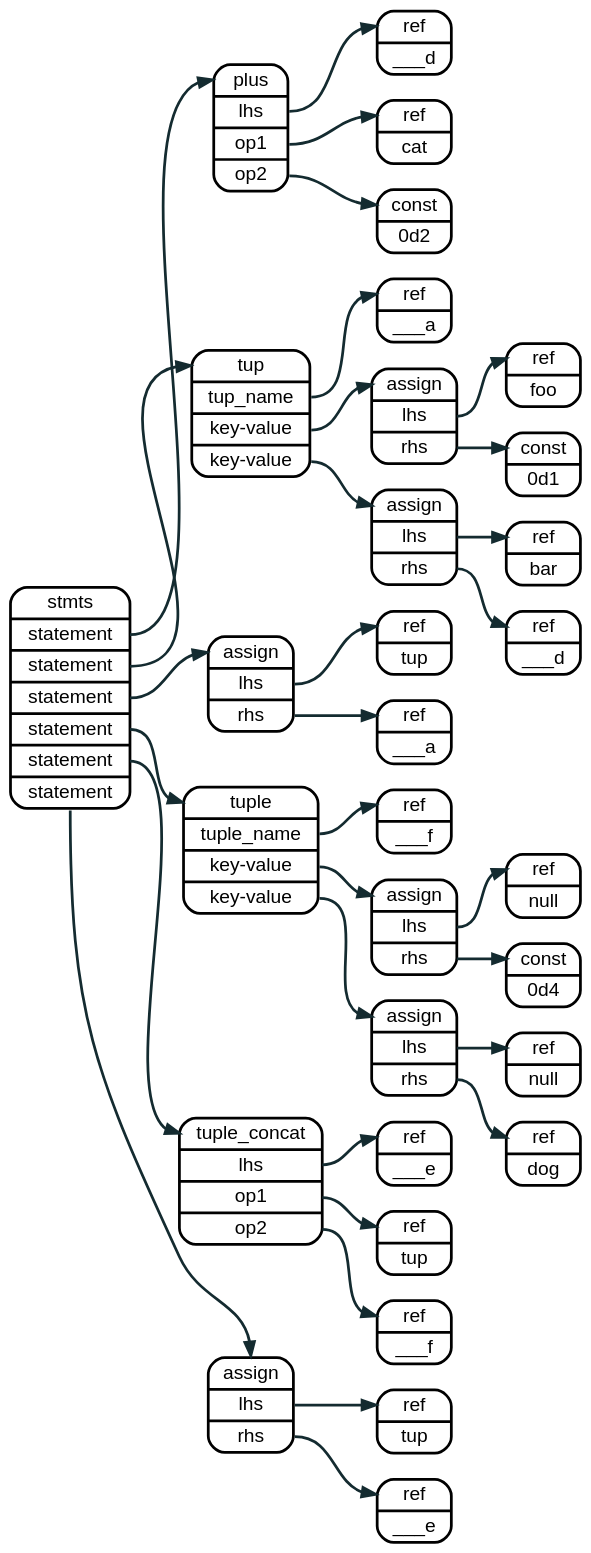
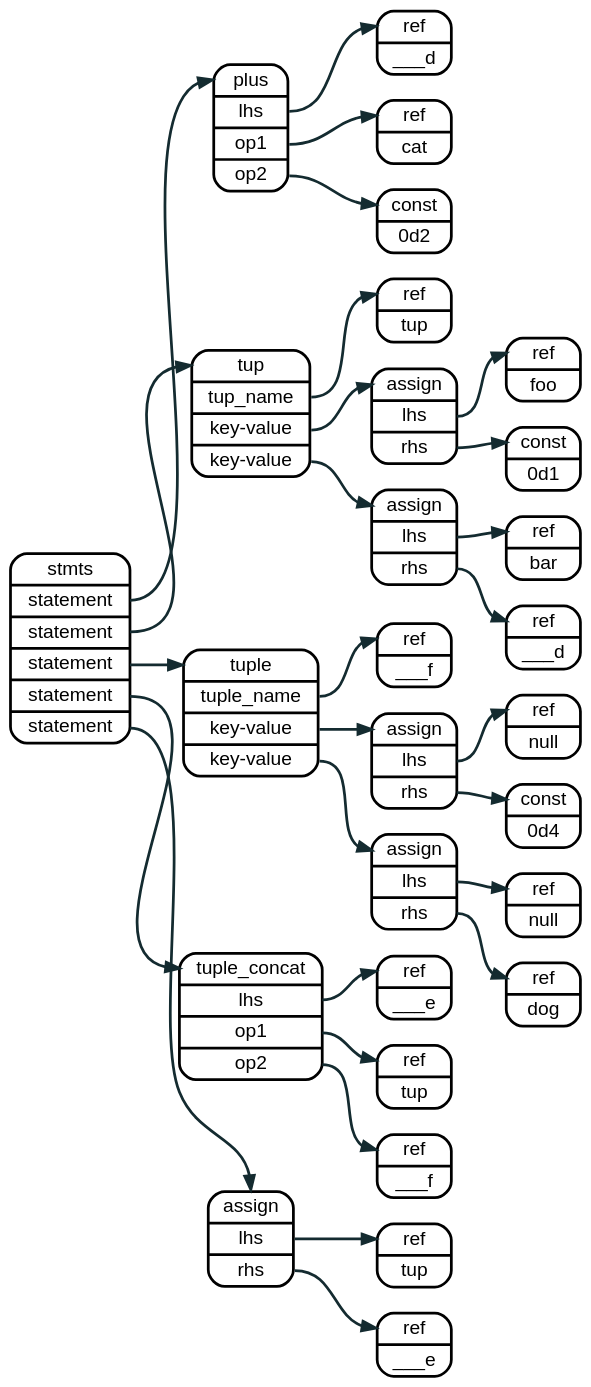
Before and after one commit to sakshi15108/lnast-doc: the diagram in source/graphviz/tuple_concat.dot, drawn with Graphviz. The commit also changed 4 other files, not shown here.

```diff
--- a/source/graphviz/tuple_concat.dot
+++ b/source/graphviz/tuple_concat.dot
@@ -1,99 +1,91 @@
 digraph assign {
   rankdir=LR
   bgcolor="transparent"
 
   node  [fontname = "helvetica", shape=record, style="rounded", penwidth = 2];
   edge  [fontname = "helvetica", color="#142b30", arrowhead="normal", penwidth = 2];
   graph [fontname = "helvetica"];
 
   
 
-  node_0 [label = "<a> stmts | <s1> statement | <s2> statement | <s3> statement 
+  node_0 [label = "<a> stmts | <s1> statement | <s2> statement 
                              | <s4> statement | <s5> statement | <s6> statement"];
 
   node_5 [label = "<a> plus | <l> lhs | <r1> op1 | <r2> op2 "];
   node_6 [label = "<a> ref   | <l> ___d"];
   node_7 [label = "<a> ref   | <l> cat"];
   node_8 [label = "<a> const   | <l> 0d2"];
 
   node_1 [label = "<a> tup   | <n> tup_name | <kv1> key-value | <kv2> key-value"]
-  node_1_1 [label = "<a> ref   | <l> ___a"];
+  node_1_1 [label = "<a> ref   | <l> tup"];
 
   node_2 [label = "<a> assign | <l> lhs  | <r> rhs"];
   node_3 [label = "<a> ref   | <l> foo"];
   node_4 [label = "<a> const | <l> 0d1"];
 
   node_9 [label = "<a> assign | <l> lhs  | <r> rhs"];
   node_a [label = "<a> ref    | <l> bar"];
   node_b [label = "<a> ref    | <l> ___d"];
-
-
-  node_f [label = "<a> assign | <l> lhs  | <r> rhs"];
-  node_g [label = "<a> ref   | <l> tup"];
-  node_h [label = "<a> ref   | <l> ___a"];
 
 
   node_j [label = "<a> tuple     | <n> tuple_name | <kv1> key-value | <kv2> key-value"]
   node_j_1 [label = "<a> ref   | <l> ___f"];
 
   node_k [label = "<a> assign  | <l> lhs  | <r> rhs"];
   node_l [label = "<a> ref     | <l> null"];
   node_m [label = "<a> const   | <l> 0d4"];
 
   node_n [label = "<a> assign  | <l> lhs  | <r> rhs"];
   node_o [label = "<a> ref     | <l> null"];
   node_p [label = "<a> ref     | <l> dog"];
 
   node_q [label = "<a> tuple_concat | <l> lhs | <r1> op1 | <r2> op2 "];
   node_r [label = "<a> ref   | <l> ___e"];
   node_s [label = "<a> ref   | <l> tup"];
   node_t [label = "<a> ref   | <l> ___f"];
 
   node_u [label = "<a> assign | <l> lhs  | <r> rhs"];
   node_v [label = "<a> ref    | <l> tup"];
   node_w [label = "<a> ref    | <l> ___e"];
 
   node_0:s1  -> node_5:a
   node_0:s2  -> node_1:a;
-  node_0:s3  -> node_f:a;
   node_0:s4  -> node_j:a;
   node_0:s5  -> node_q:a;
   node_0:s6  -> node_u:a;
   
   node_5:l  -> node_6:a;
   node_5:r1 -> node_7:a;
   node_5:r2 -> node_8:a;
 
 
   node_1:n  -> node_1_1:a;
   node_1:kv1 -> node_2:a;
   node_1:kv2 -> node_9:a;
 
   node_2:l -> node_3:a;
   node_2:r -> node_4:a;
   
   
   node_9:l -> node_a:a;
   node_9:r -> node_b:a;
 
-  node_f:l -> node_g:a;
-  node_f:r -> node_h:a;
 
   node_j:n -> node_j_1:a;
   node_j:kv1 -> node_k:a;
   node_j:kv2 -> node_n:a;
   
   node_k:l   -> node_l:a;
   node_k:r   -> node_m:a;
 
   node_n:l   -> node_o:a;
   node_n:r   -> node_p:a;
 
   node_q:l   -> node_r:a;
   node_q:r1  -> node_s:a;
   node_q:r2  -> node_t:a;
 
   node_u:l   -> node_v:a;
   node_u:r   -> node_w:a;
 
 }
```
